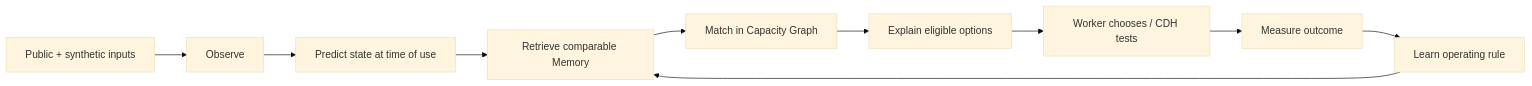
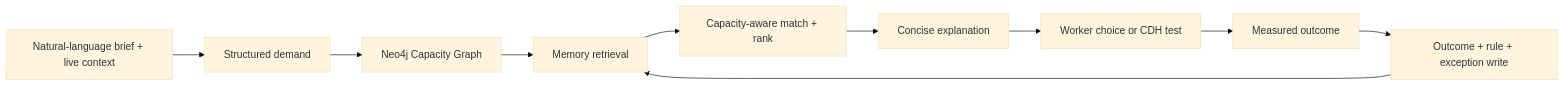
The first of 2 diagrams in docs/ARCHITECTURE.md (arkkn0/Cremorne-Memory), drawn with Mermaid (base theme) before and after one commit. The commit also changed other lines of this file and 31 other files, not shown here.

Commit message:
Implement graph-grounded Cremorne Memory flow

````diff
--- a/docs/ARCHITECTURE.md
+++ b/docs/ARCHITECTURE.md
@@ -5,12 +5,12 @@
 ```mermaid
 flowchart LR
-    I[Public + synthetic inputs] --> O[Observe]
-    O --> P[Predict state at time of use]
-    P --> R[Retrieve comparable Memory]
-    R --> M[Match in Capacity Graph]
-    M --> E[Explain eligible options]
-    E --> C[Worker chooses / CDH tests]
-    C --> X[Measure outcome]
-    X --> L[Learn operating rule]
-    L --> R
+  A[Natural-language brief + live context] --> B[Structured demand]
+  B --> C[Neo4j Capacity Graph]
+  C --> D[Memory retrieval]
+  D --> E[Capacity-aware match + rank]
+  E --> F[Concise explanation]
+  F --> G[Worker choice or CDH test]
+  G --> H[Measured outcome]
+  H --> I[Outcome + rule + exception write]
+  I --> D
 ```
````
